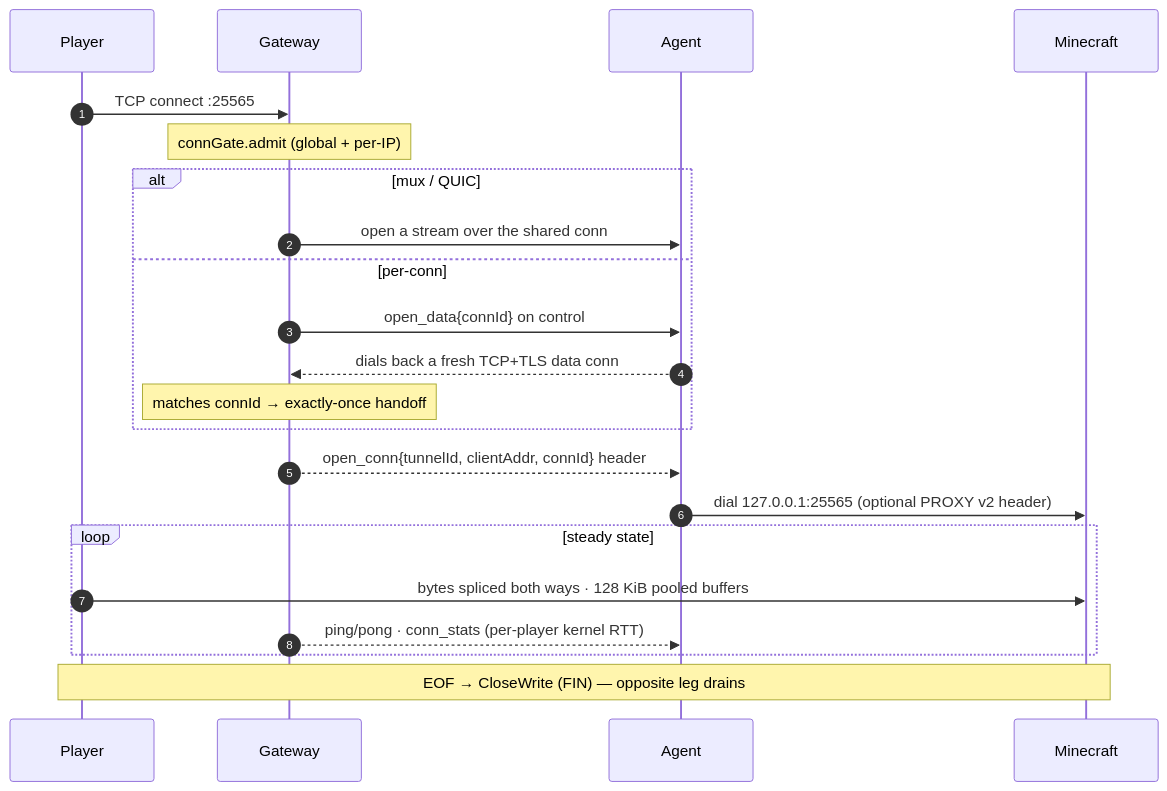
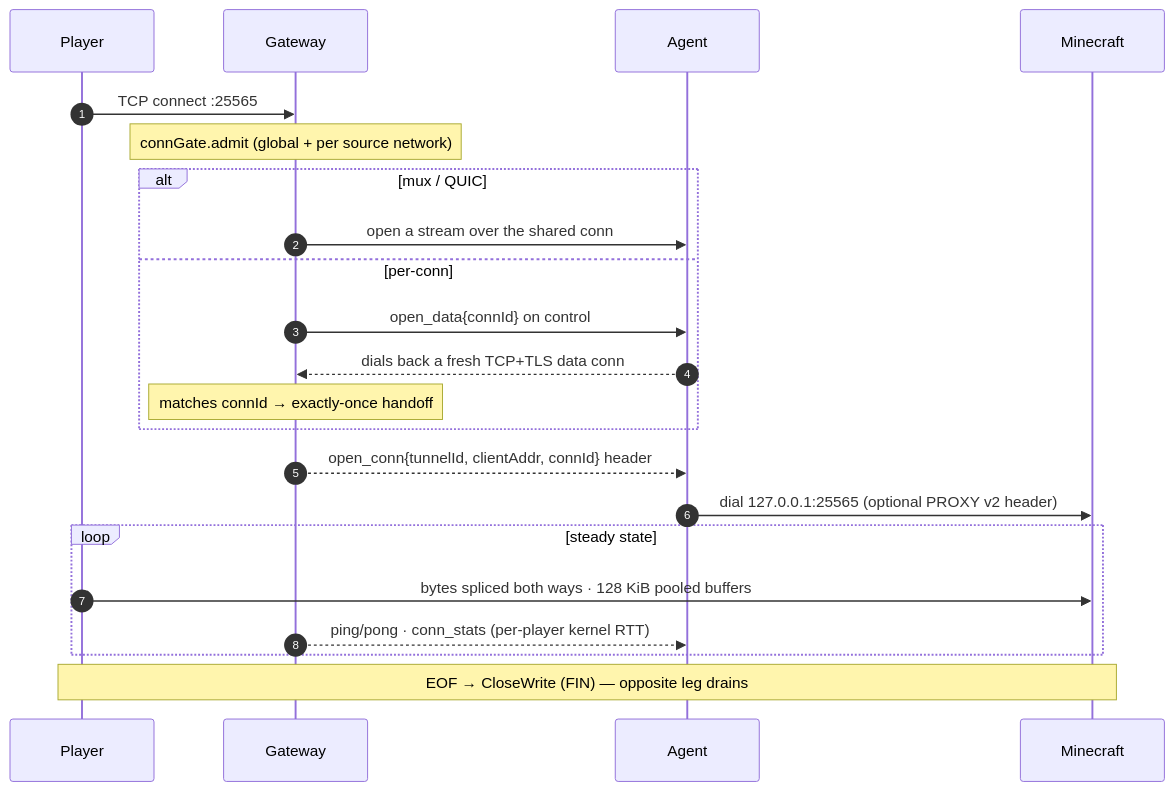
The fifth of 5 diagrams in README.md (xeri/proxyforward), drawn with Mermaid before and after one commit. The commit also changed other lines of this file and 4 other files, not shown here.

````diff
--- a/README.md
+++ b/README.md
@@ -378,25 +382,25 @@
 ```mermaid
 sequenceDiagram
     autonumber
     participant Pl as Player
     participant GW as Gateway
     participant Ag as Agent
     participant MC as Minecraft
 
     Pl->>GW: TCP connect :25565
-    Note over GW: connGate.admit (global + per-IP)
+    Note over GW: connGate.admit (global + per source network)
     alt mux / QUIC
         GW->>Ag: open a stream over the shared conn
     else per-conn
         GW->>Ag: open_data{connId} on control
         Ag-->>GW: dials back a fresh TCP+TLS data conn
         Note over GW: matches connId → exactly-once handoff
     end
     GW-->>Ag: open_conn{tunnelId, clientAddr, connId} header
     Ag->>MC: dial 127.0.0.1:25565 (optional PROXY v2 header)
     loop steady state
         Pl->>MC: bytes spliced both ways · 128 KiB pooled buffers
         GW-->>Ag: ping/pong · conn_stats (per-player kernel RTT)
     end
     Note over Pl,MC: EOF → CloseWrite (FIN) — opposite leg drains
 ```
````
